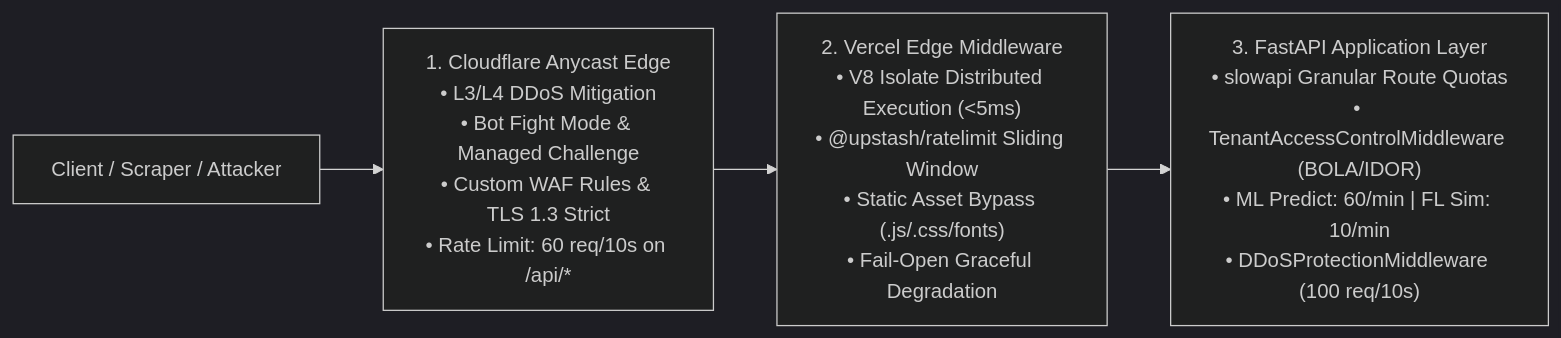
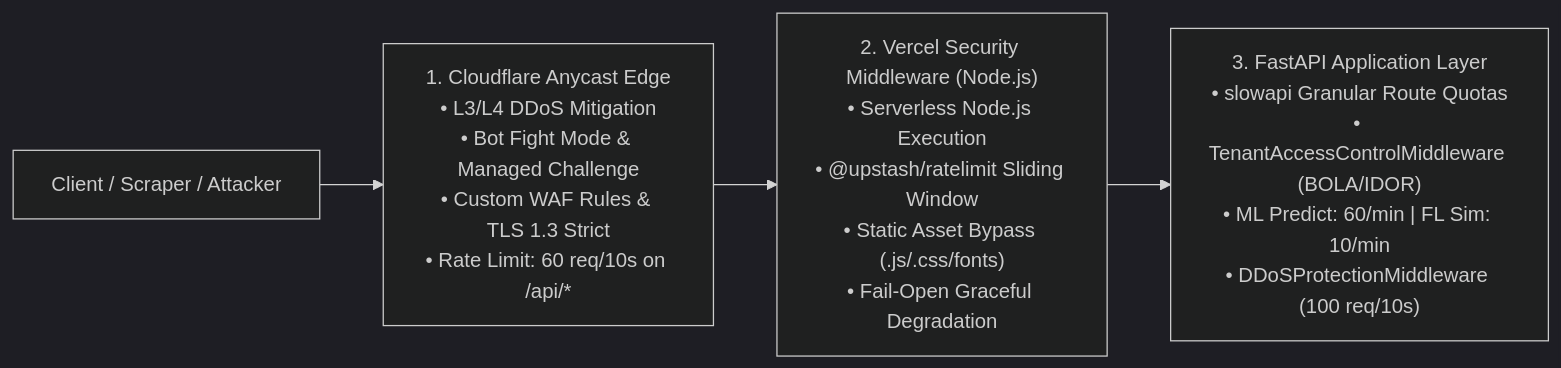
One commit to yusufcalisir/CF-Intelligence changed the third of 4 diagrams in README.md. Above: the diagram before and after it, drawn with Mermaid (dark theme). The commit also changed other lines of this file, not shown here.

Commit message:
docs: synchronize architecture specifications, directory tree and runtime details in README

````diff
--- a/README.md
+++ b/README.md
@@ -867,8 +873,8 @@
 ```mermaid
 flowchart LR
     Client["Client / Scraper / Attacker"] --> L1["1. Cloudflare Anycast Edge\n• L3/L4 DDoS Mitigation\n• Bot Fight Mode & Managed Challenge\n• Custom WAF Rules & TLS 1.3 Strict\n• Rate Limit: 60 req/10s on /api/*"]
     
-    L1 --> L2["2. Vercel Edge Middleware\n• V8 Isolate Distributed Execution (<5ms)\n• @upstash/ratelimit Sliding Window\n• Static Asset Bypass (.js/.css/fonts)\n• Fail-Open Graceful Degradation"]
+    L1 --> L2["2. Vercel Security Middleware (Node.js)\n• Serverless Node.js Execution\n• @upstash/ratelimit Sliding Window\n• Static Asset Bypass (.js/.css/fonts)\n• Fail-Open Graceful Degradation"]
     
     L2 --> L3["3. FastAPI Application Layer\n• slowapi Granular Route Quotas\n• TenantAccessControlMiddleware (BOLA/IDOR)\n• ML Predict: 60/min | FL Sim: 10/min\n• DDoSProtectionMiddleware (100 req/10s)"]
 ```
````
